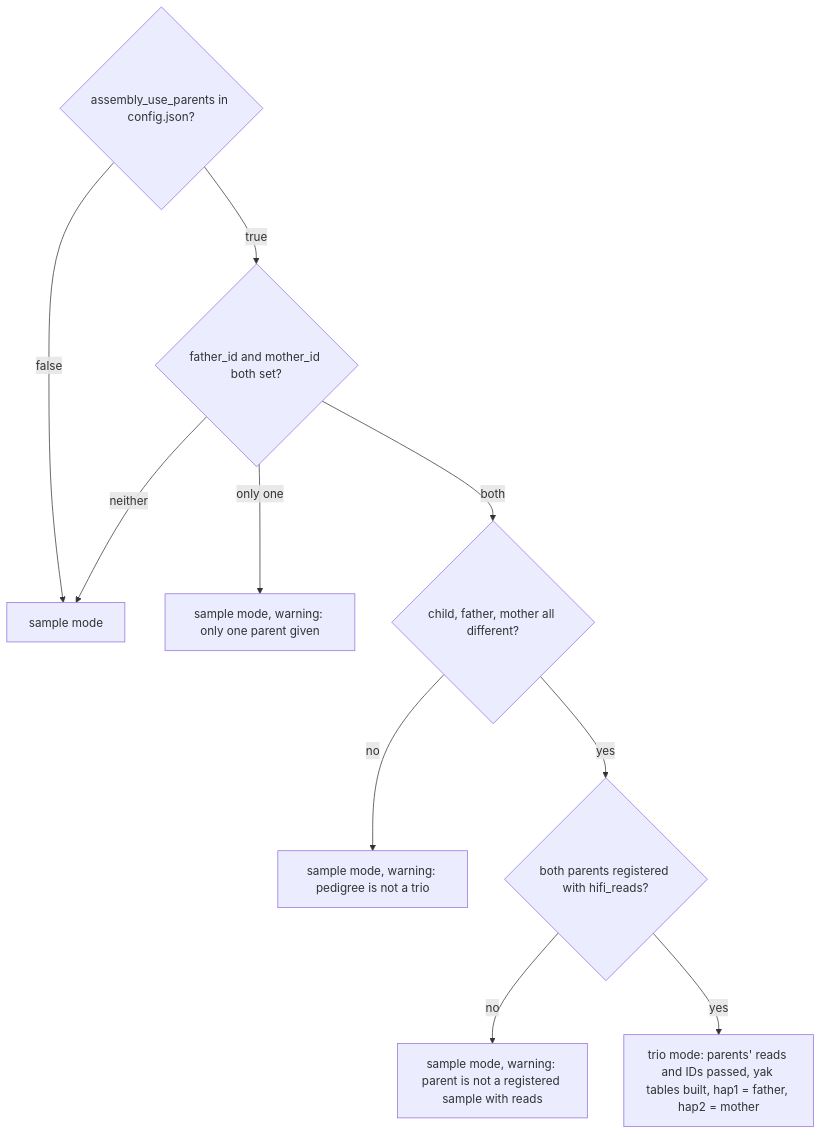
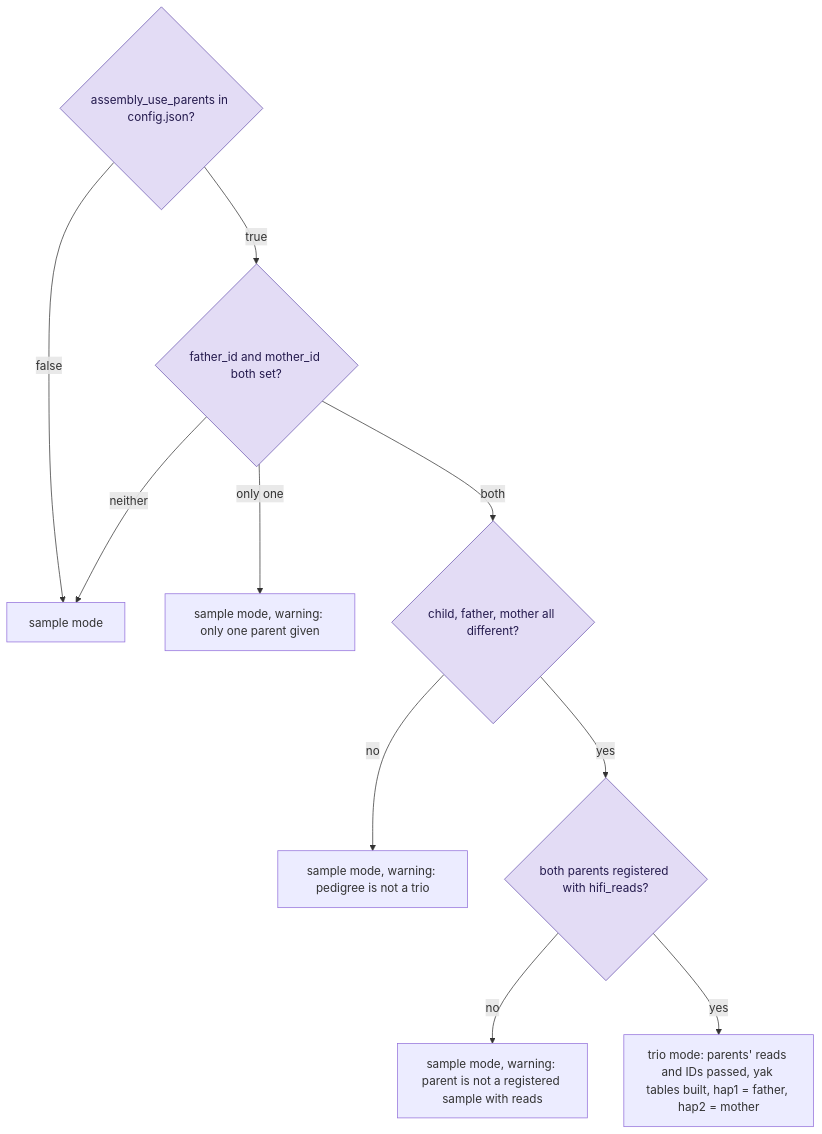
One commit to UppsalaGenomeCenter/ugc-wgw changed the second of 2 diagrams in docs/guide/05-project-setup.md. Above: the diagram before and after it, drawn with Mermaid. The commit also changed other lines of this file and 52 other files, not shown here.

````diff
--- a/docs/guide/05-project-setup.md
+++ b/docs/guide/05-project-setup.md
@@ -378,13 +389,14 @@
 ```mermaid
 flowchart TD
-  a{"assembly_use_parents in config.json?"}
+  a{"assembly_use_parents in config.json?"}:::decision
   a -->|"false"| s["sample mode"]
-  a -->|"true"| b{"father_id and mother_id both set?"}
+  a -->|"true"| b{"father_id and mother_id both set?"}:::decision
   b -->|"neither"| s
   b -->|"only one"| w1["sample mode, warning: only one parent given"]
-  b -->|"both"| c{"child, father, mother all different?"}
+  b -->|"both"| c{"child, father, mother all different?"}:::decision
   c -->|"no"| w2["sample mode, warning: pedigree is not a trio"]
-  c -->|"yes"| d{"both parents registered with hifi_reads?"}
+  c -->|"yes"| d{"both parents registered with hifi_reads?"}:::decision
   d -->|"no"| w3["sample mode, warning: parent is not a registered sample with reads"]
   d -->|"yes"| t["trio mode: parents' reads and IDs passed, yak tables built, hap1 = father, hap2 = mother"]
+  classDef decision fill:#e3dcf5,stroke:#6b56b0,color:#241a4d
 ```
````
